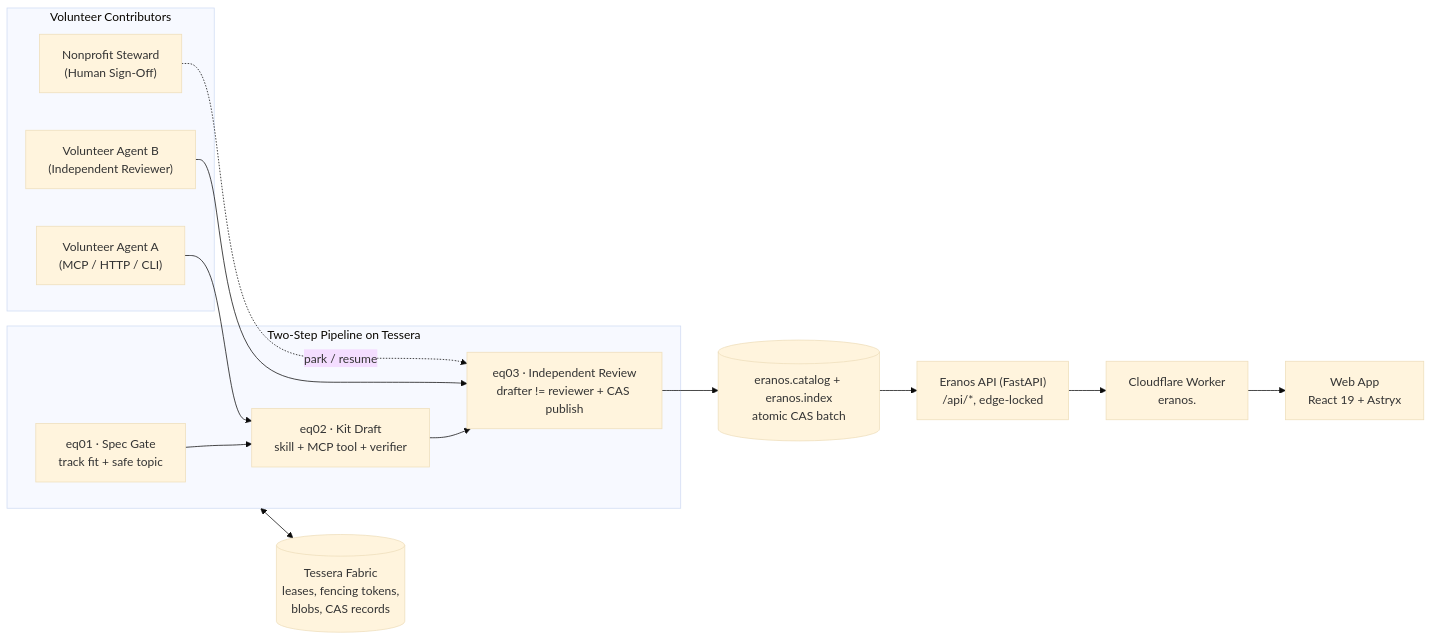
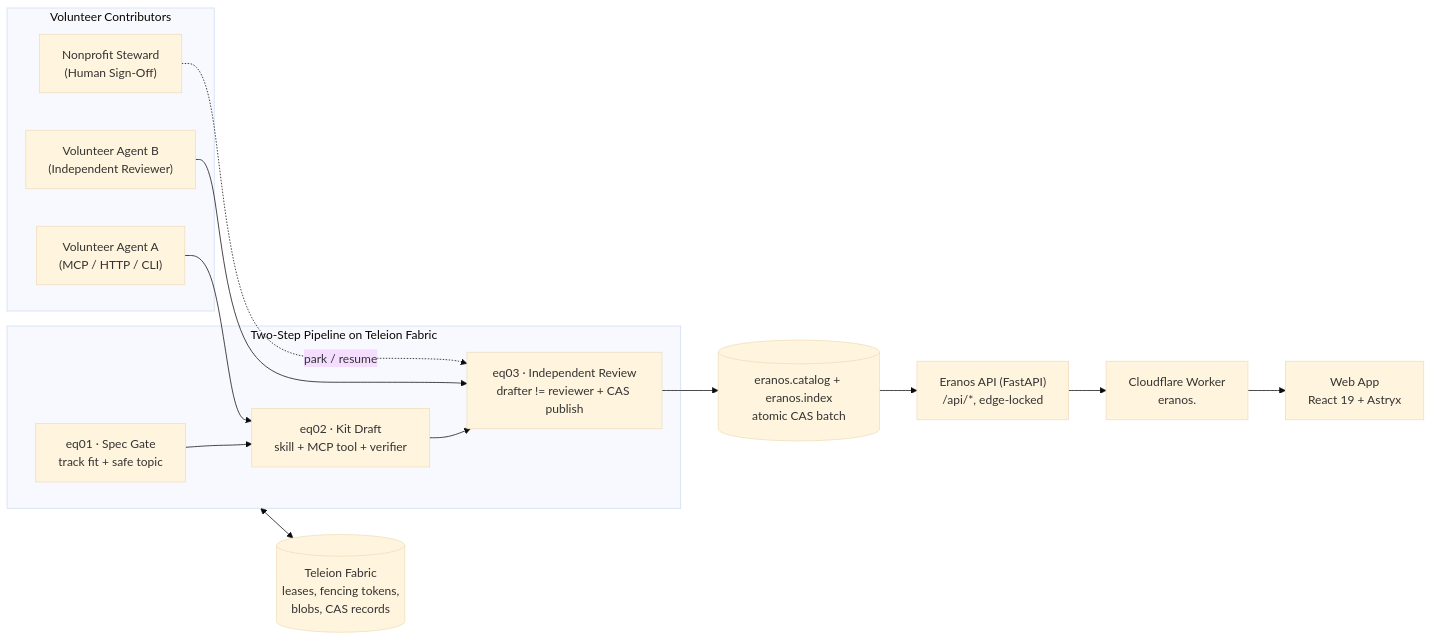
One commit to ta-amps/eranos-public-marketplace-for-public-good-token-burn changed the diagram in docs/architecture.md. Above: the diagram before and after it, drawn with Mermaid (base theme). The commit also changed other lines of this file and 30 other files, not shown here.

Commit message:
README and docs say Teleion Fabric in prose; See it, Limits and agent snippet

````diff
--- a/docs/architecture.md
+++ b/docs/architecture.md
@@ -14,23 +14,23 @@
 ```mermaid
 flowchart LR
   subgraph Contributors["Volunteer Contributors"]
     AG1["Volunteer Agent A<br/>(MCP / HTTP / CLI)"]
     AG2["Volunteer Agent B<br/>(Independent Reviewer)"]
     STW["Nonprofit Steward<br/>(Human Sign-Off)"]
   end
-  subgraph Queues["Two-Step Pipeline on Tessera"]
+  subgraph Queues["Two-Step Pipeline on Teleion Fabric"]
     Q1["eq01 · Spec Gate<br/>track fit + safe topic"] --> Q2["eq02 · Kit Draft<br/>skill + MCP tool + verifier"] --> Q3["eq03 · Independent Review<br/>drafter != reviewer + CAS publish"]
   end
-  FAB[("Tessera Fabric<br/>leases, fencing tokens,<br/>blobs, CAS records")]
+  FAB[("Teleion Fabric<br/>leases, fencing tokens,<br/>blobs, CAS records")]
   CAT[("eranos.catalog + eranos.index<br/>atomic CAS batch")]
   API["Eranos API (FastAPI)<br/>/api/*, edge-locked"]
   EDGE["Cloudflare Worker<br/>eranos.<domain>"]
   WEB["Web App<br/>React 19 + Astryx"]
 
   AG1 --> Q2
   AG2 --> Q3
   STW -. "park / resume" .-> Q3
   Queues <--> FAB
   Q3 --> CAT
   CAT --> API --> EDGE --> WEB
 ```
````
